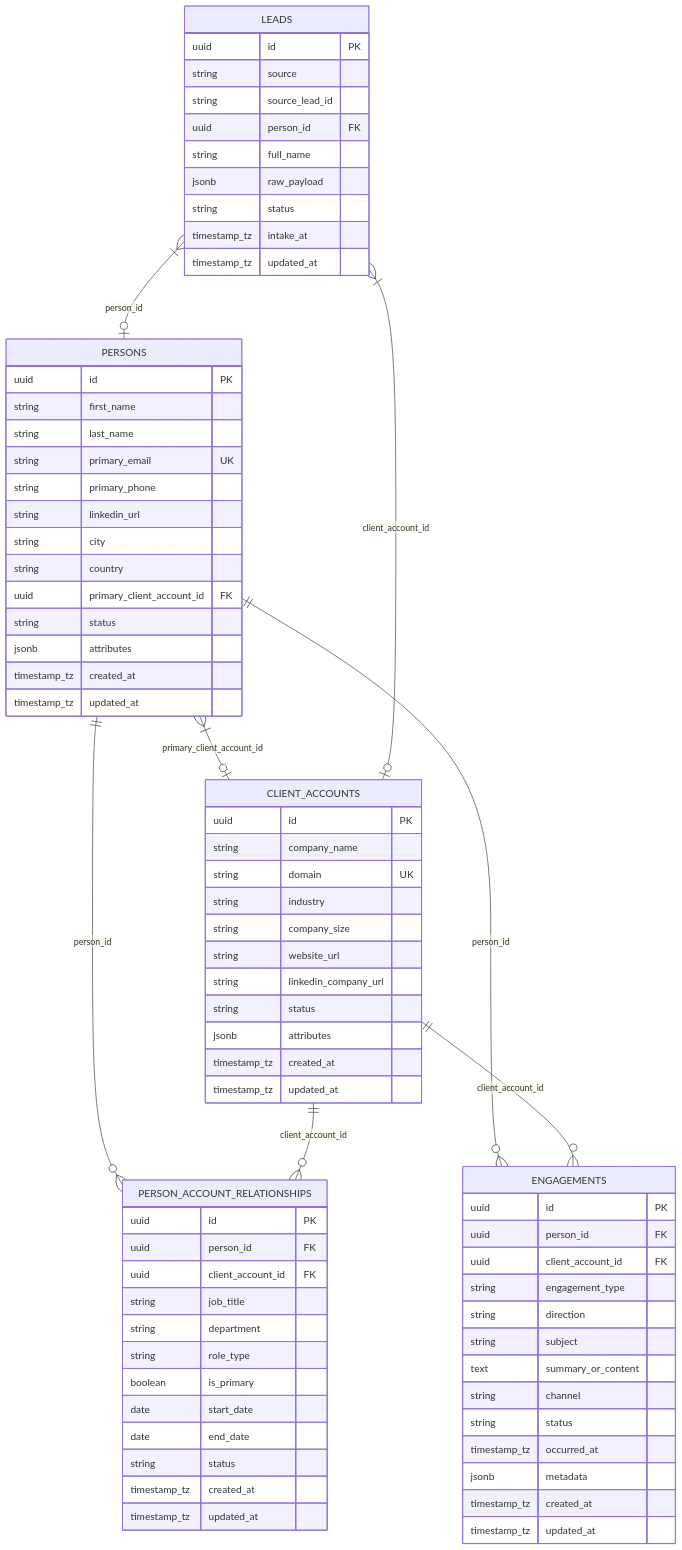
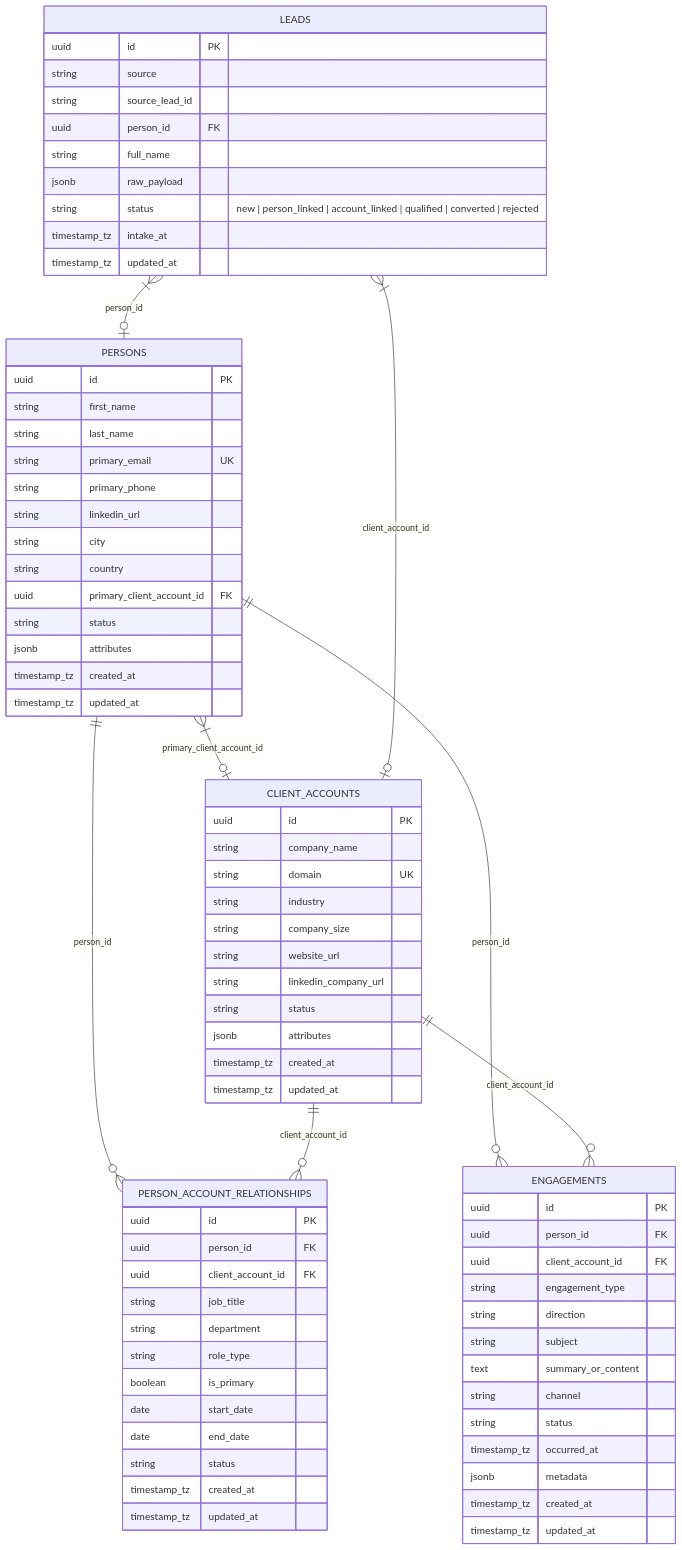
One commit to Data-Biz-AI-Consultancy/Jager changed the diagram in src/db/README.md. Above: the diagram before and after it, drawn with Mermaid. The commit also changed 3 other files, not shown here.

```diff
--- a/src/db/README.md
+++ b/src/db/README.md
@@ -45,7 +45,7 @@
         uuid person_id FK
         string full_name
         jsonb raw_payload
-        string status
+        string status "new | person_linked | account_linked | qualified | converted | rejected"
         timestamp_tz intake_at
         timestamp_tz updated_at
     }
```
